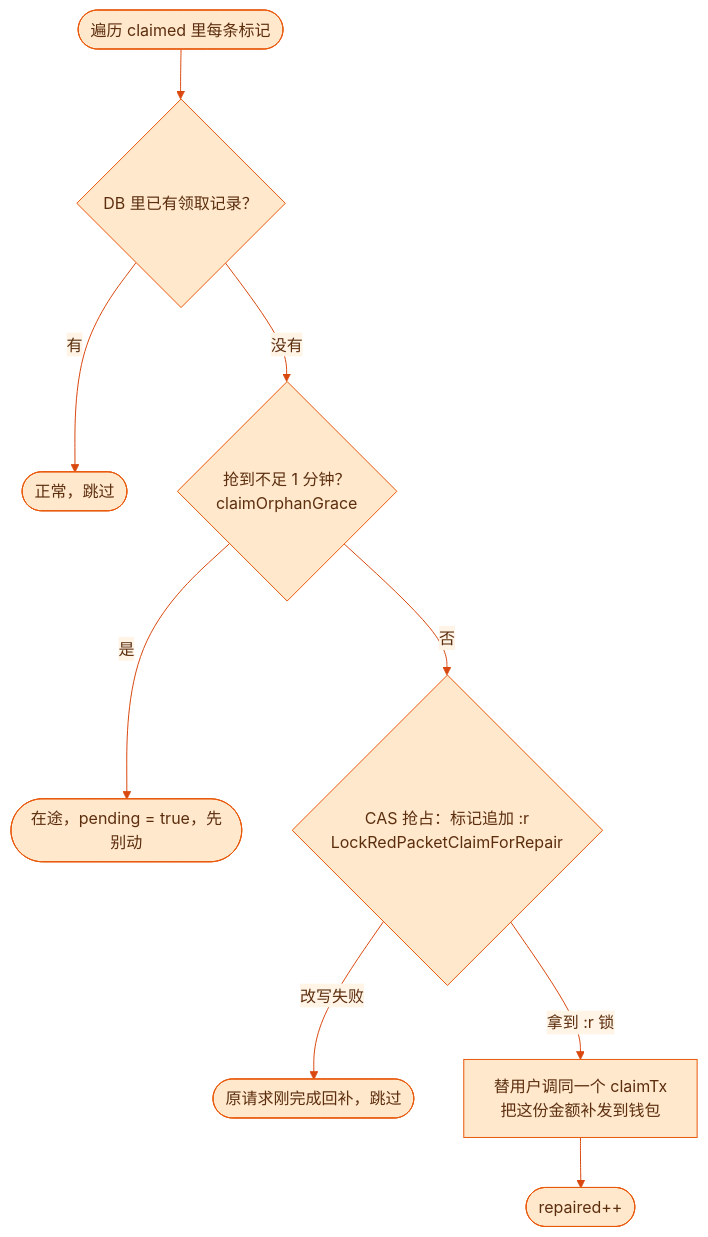
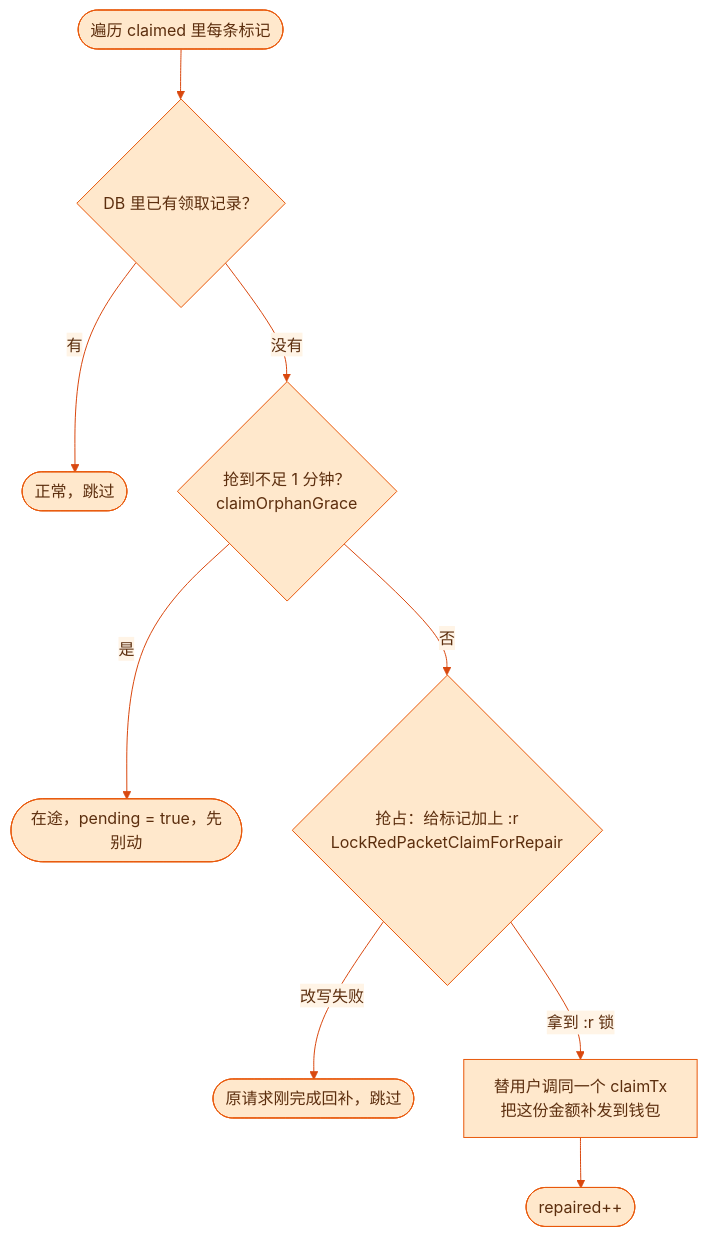
One commit to RedInn7/gomall changed diagram 18 of 24 in docs/lecture/18-redpacket.md. Above: the diagram before and after it, drawn with Mermaid. The commit also changed 1 other file, not shown here.

Commit message:
红包讲义：补领流程改用直白说法

````diff
--- a/docs/lecture/18-redpacket.md
+++ b/docs/lecture/18-redpacket.md
@@ -671,12 +671,12 @@
 ```mermaid
 %%{init: {'theme':'base','themeVariables':{'fontFamily':'PingFang SC, Microsoft YaHei, sans-serif','background':'#FFFBF5','primaryColor':'#FFE8CC','primaryBorderColor':'#E8590C','primaryTextColor':'#5C2E0E','secondaryColor':'#FFF4E6','tertiaryColor':'#FFF9F0','lineColor':'#D9480F','textColor':'#5C2E0E','clusterBkg':'#FFF9F0','clusterBorder':'#F08C00','edgeLabelBackground':'#FFF4E6','actorBkg':'#FFD8A8','actorBorder':'#E8590C','actorTextColor':'#5C2E0E','actorLineColor':'#F08C00','signalColor':'#C2410C','signalTextColor':'#5C2E0E','noteBkgColor':'#FFF3BF','noteBorderColor':'#F08C00','noteTextColor':'#5C2E0E','activationBkgColor':'#FFC078','activationBorderColor':'#E8590C','labelBoxBkgColor':'#FFE8CC','labelBoxBorderColor':'#E8590C','labelTextColor':'#5C2E0E','loopTextColor':'#5C2E0E'}}}%%
 flowchart TD
     S(["遍历 claimed 里每条标记"]) --> D1{"DB 里已有领取记录？"}
     D1 -- "有" --> SKIP(["正常，跳过"])
     D1 -- "没有" --> D2{"抢到不足 1 分钟？<br/>claimOrphanGrace"}
     D2 -- "是" --> PEND(["在途，pending = true，先别动"])
-    D2 -- "否" --> LOCK{"CAS 抢占：标记追加 :r<br/>LockRedPacketClaimForRepair"}
+    D2 -- "否" --> LOCK{"抢占：给标记加上 :r<br/>LockRedPacketClaimForRepair"}
     LOCK -- "改写失败" --> GONE(["原请求刚完成回补，跳过"])
     LOCK -- "拿到 :r 锁" --> TX["替用户调同一个 claimTx<br/>把这份金额补发到钱包"]
     TX --> DONE(["repaired++"])
 ```
````
